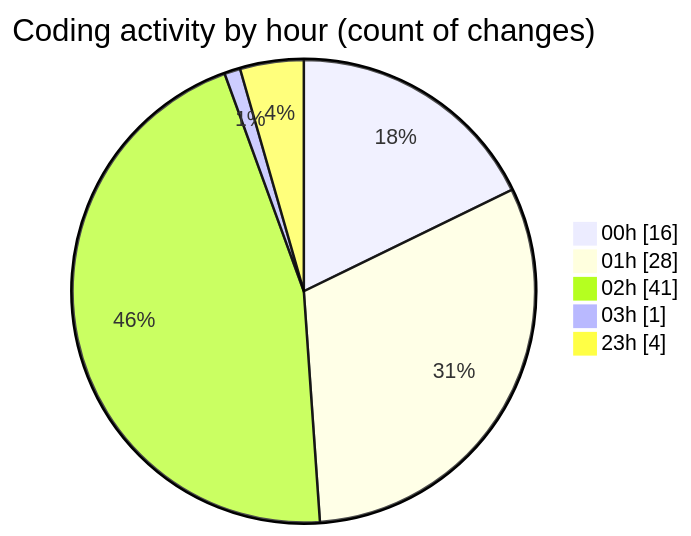
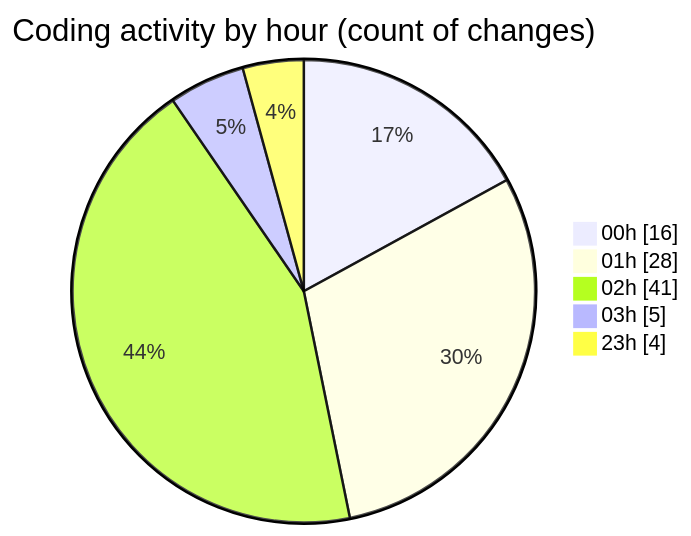
Before and after one commit to julien-gomy/code-tracking: the second of 2 diagrams in 2025-11-23/eventscop-frontend-guide__workspace_/README.md, drawn with Mermaid. The commit also changed other lines of this file and 1 other file, not shown here.

````diff
--- a/2025-11-23/eventscop-frontend-guide__workspace_/README.md
+++ b/2025-11-23/eventscop-frontend-guide__workspace_/README.md
@@ -60,9 +60,9 @@
 ```mermaid
 pie showData
 title Coding activity by hour (count of changes)
 "00h" : 16
 "01h" : 28
 "02h" : 41
-"03h" : 1
+"03h" : 5
 "23h" : 4
 ```
````
